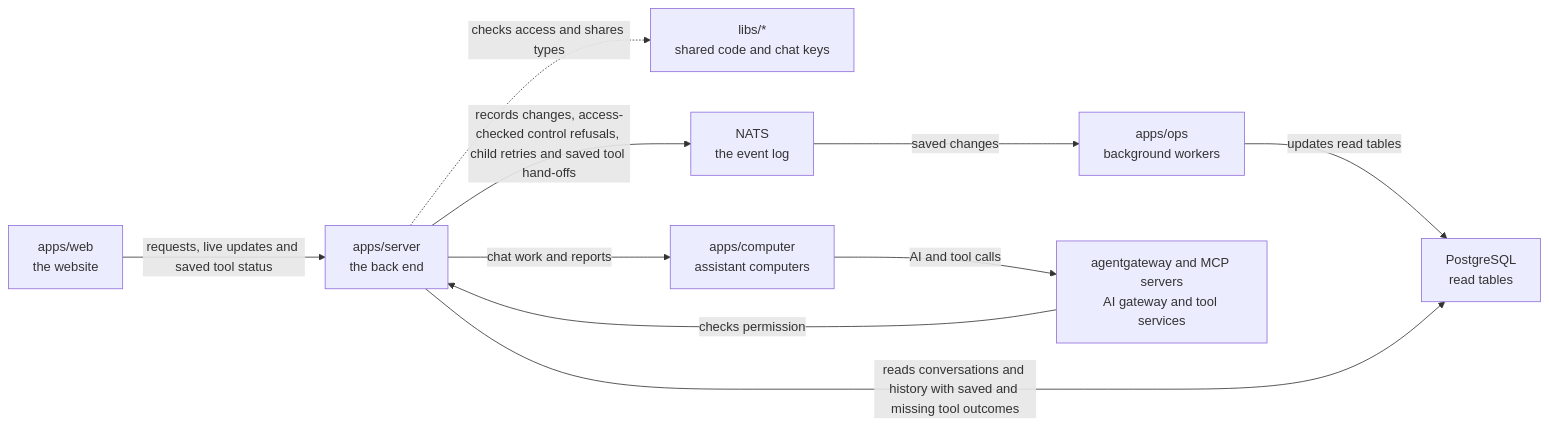
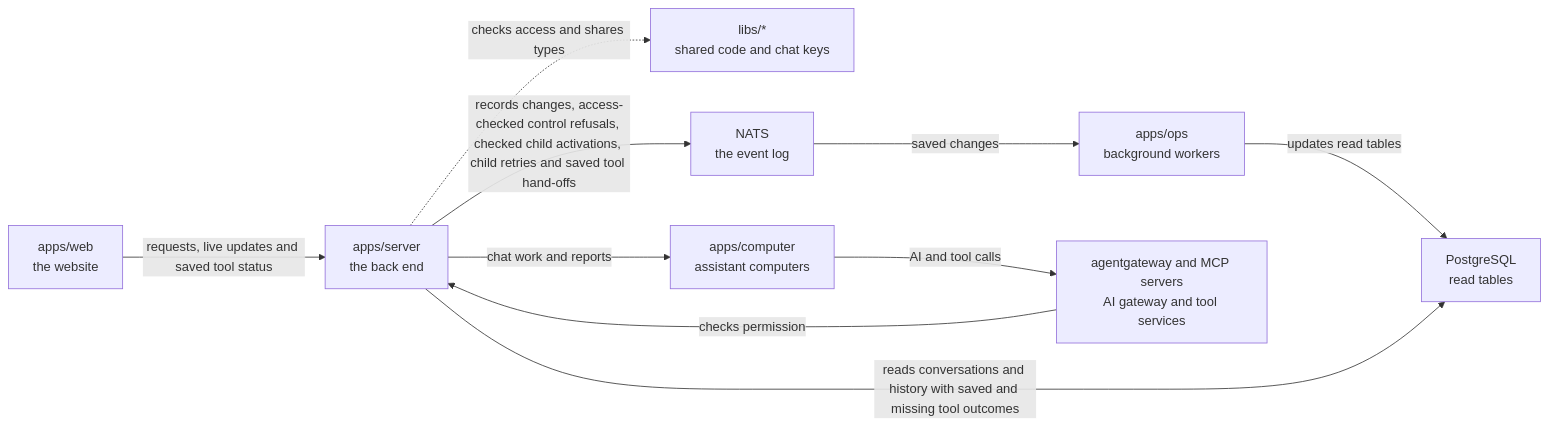
Before and after one commit to elewa-git/opencrane-new: the diagram in apps/server/README.md, drawn with Mermaid. The commit also changed other lines of this file and 17 other files, not shown here.

Commit message:
🔒 Save checked child activation while execution stays held

````diff
--- a/apps/server/README.md
+++ b/apps/server/README.md
@@ -31,12 +31,12 @@
 ```mermaid
 flowchart LR
   web["apps/web<br/>the website"] -->|requests, live updates and saved tool status| server["apps/server<br/>the back end"]
   server -.->|checks access and shares types| libs["libs/*<br/>shared code and chat keys"]
-  server -->|records changes, access-checked control refusals, child retries and saved tool hand-offs| nats["NATS<br/>the event log"]
+  server -->|records changes, access-checked control refusals, checked child activations, child retries and saved tool hand-offs| nats["NATS<br/>the event log"]
   nats -->|saved changes| ops["apps/ops<br/>background workers"]
   ops -->|updates read tables| postgres["PostgreSQL<br/>read tables"]
   server -->|reads conversations and history with saved and missing tool outcomes| postgres
   server -->|chat work and reports| computer["apps/computer<br/>assistant computers"]
   computer -->|AI and tool calls| runtime["agentgateway and MCP servers<br/>AI gateway and tool services"]
   runtime -->|checks permission| server
 ```
````
